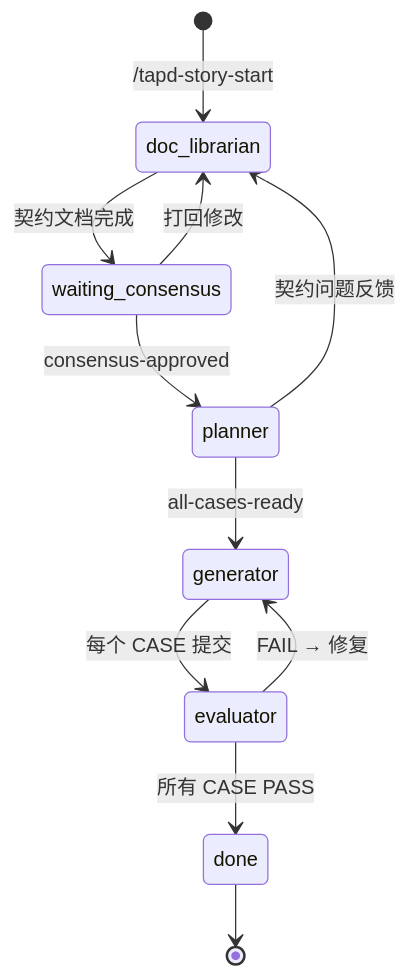
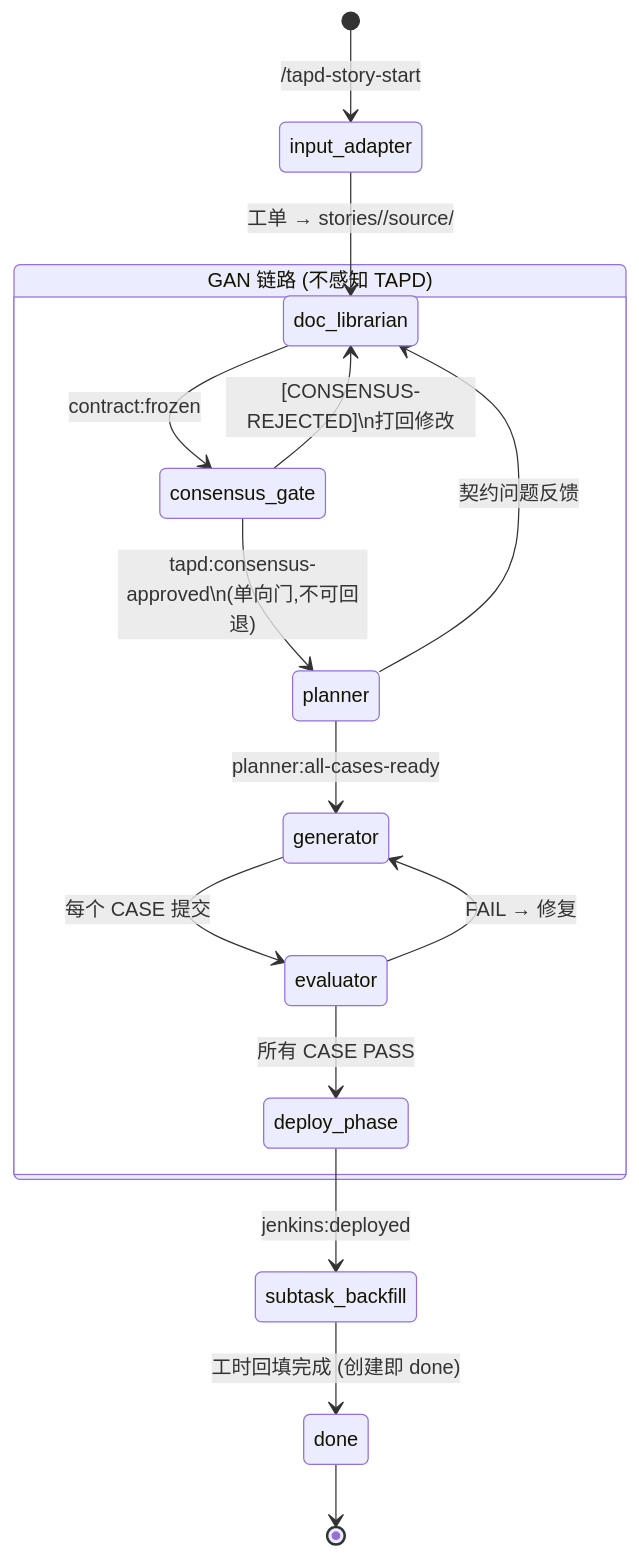
The second of 2 diagrams in .chatlabs/knowledge/project/architecture.md (dd-xiaozhi/dev-agent-flow), drawn with Mermaid before and after one commit. The commit also changed other lines of this file and 86 other files, not shown here.

````diff
--- a/.chatlabs/knowledge/project/architecture.md
+++ b/.chatlabs/knowledge/project/architecture.md
@@ -164,14 +156,21 @@
 ```mermaid
 stateDiagram-v2
-    [*] --> doc_librarian: /tapd-story-start
-    doc_librarian --> waiting_consensus: 契约文档完成
-    waiting_consensus --> planner: consensus-approved
-    planner --> generator: all-cases-ready
-    generator --> evaluator: 每个 CASE 提交
-    evaluator --> generator: FAIL → 修复
-    evaluator --> done: 所有 CASE PASS
+    [*] --> input_adapter: /tapd-story-start
+    input_adapter --> doc_librarian: 工单 → stories/<id>/source/
+
+    state "GAN 链路 (不感知 TAPD)" as GAN {
+        doc_librarian --> consensus_gate: contract:frozen
+        consensus_gate --> planner: tapd:consensus-approved\n(单向门,不可回退)
+        planner --> generator: planner:all-cases-ready
+        generator --> evaluator: 每个 CASE 提交
+        evaluator --> generator: FAIL → 修复
+        evaluator --> deploy_phase: 所有 CASE PASS
+    }
+
+    deploy_phase --> subtask_backfill: jenkins:deployed
+    subtask_backfill --> done: 工时回填完成 (创建即 done)
     done --> [*]
 
-    waiting_consensus --> doc_librarian: 打回修改
+    consensus_gate --> doc_librarian: [CONSENSUS-REJECTED]\n打回修改
     planner --> doc_librarian: 契约问题反馈
 ```
````
